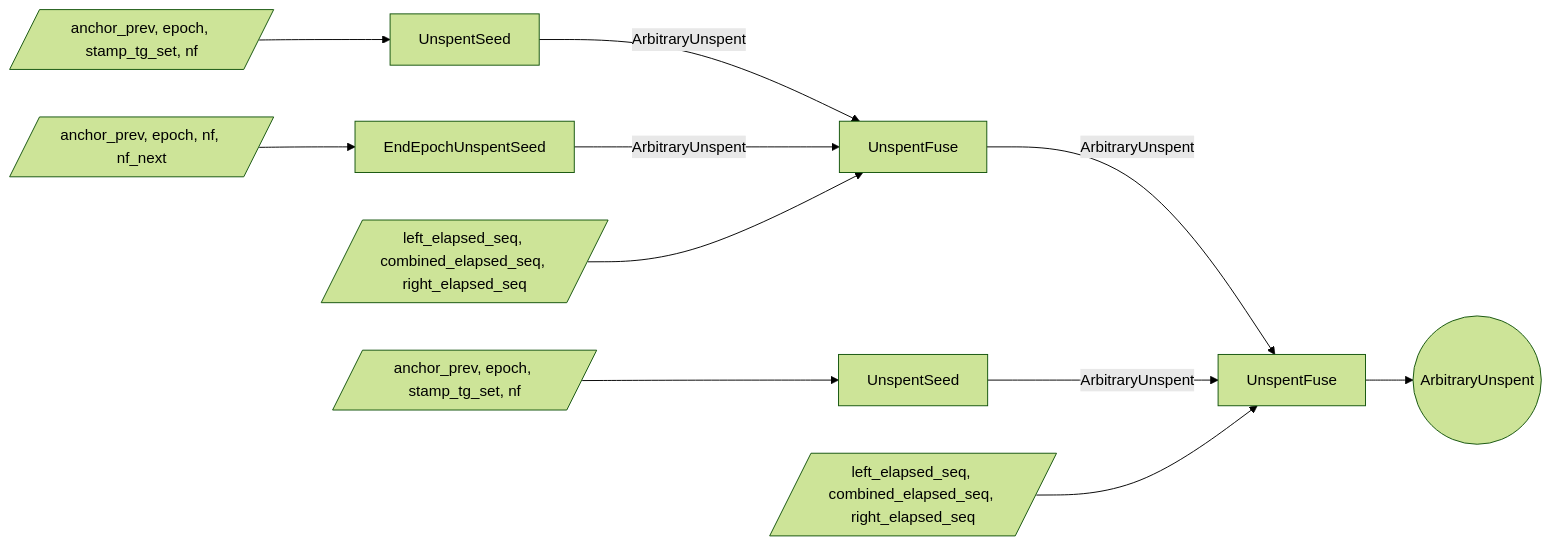
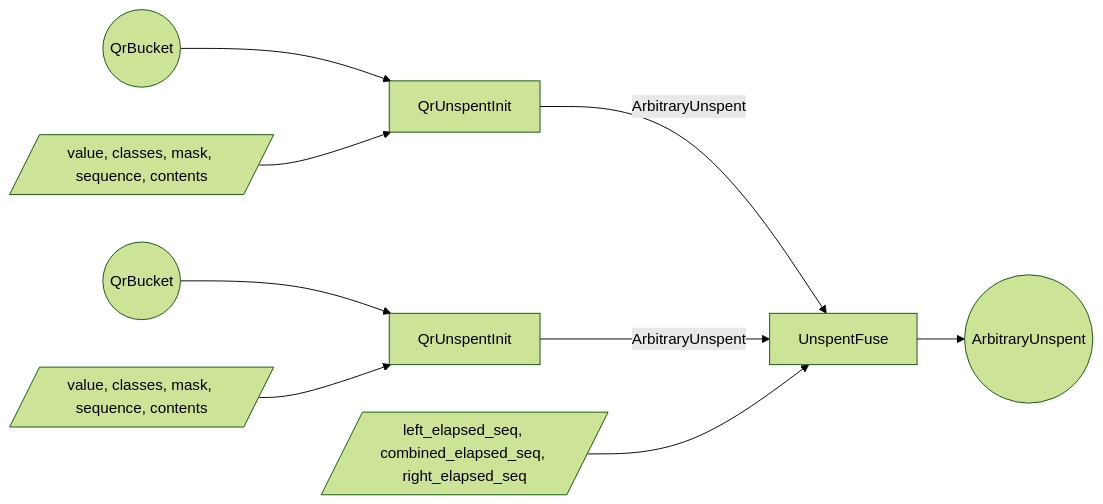
One commit to alxiong/tachyon changed the third of 3 diagrams in book/src/proof-tree.md. Above: the diagram before and after it, drawn with Mermaid (forest theme). The commit also changed other lines of this file and 19 other files, not shown here.

````diff
--- a/book/src/proof-tree.md
+++ b/book/src/proof-tree.md
@@ -398,25 +385,21 @@
 ```mermaid
 flowchart LR
-  w_seed[/anchor_prev, epoch, stamp_tg_set, nf/]
-  s_useed[UnspentSeed]
-  w_cross[/anchor_prev, epoch, nf, nf_next/]
-  s_cross[EndEpochUnspentSeed]
+  bucket_e((QrBucket))
+  w_init[/value, classes, mask, sequence, contents/]
+  s_init[QrUnspentInit]
+  bucket_next((QrBucket))
+  w_next[/value, classes, mask, sequence, contents/]
+  s_next[QrUnspentInit]
   w_ufuse[/left_elapsed_seq, combined_elapsed_seq, right_elapsed_seq/]
   s_ufuse[UnspentFuse]
-  w_next[/anchor_prev, epoch, stamp_tg_set, nf/]
-  s_unext[UnspentSeed]
-  w_ufuse2[/left_elapsed_seq, combined_elapsed_seq, right_elapsed_seq/]
-  s_ufuse2[UnspentFuse]
   unspent_out((ArbitraryUnspent))
 
-  w_seed --> s_useed
-  w_cross --> s_cross
-  w_next --> s_unext
-  s_useed -->|ArbitraryUnspent| s_ufuse
-  s_cross -->|ArbitraryUnspent| s_ufuse
+  bucket_e --> s_init
+  w_init --> s_init
+  bucket_next --> s_next
+  w_next --> s_next
+  s_init -->|ArbitraryUnspent| s_ufuse
+  s_next -->|ArbitraryUnspent| s_ufuse
   w_ufuse --> s_ufuse
-  s_ufuse -->|ArbitraryUnspent| s_ufuse2
-  s_unext -->|ArbitraryUnspent| s_ufuse2
-  w_ufuse2 --> s_ufuse2
-  s_ufuse2 --> unspent_out
+  s_ufuse --> unspent_out
 ```
````
